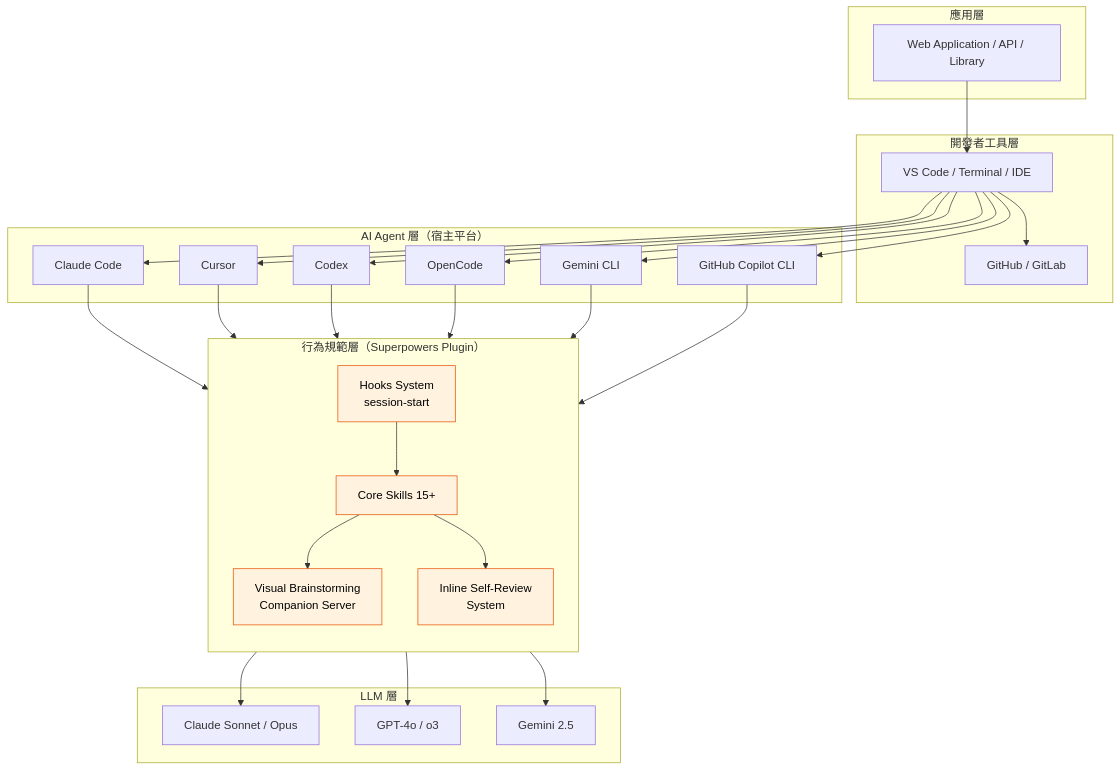
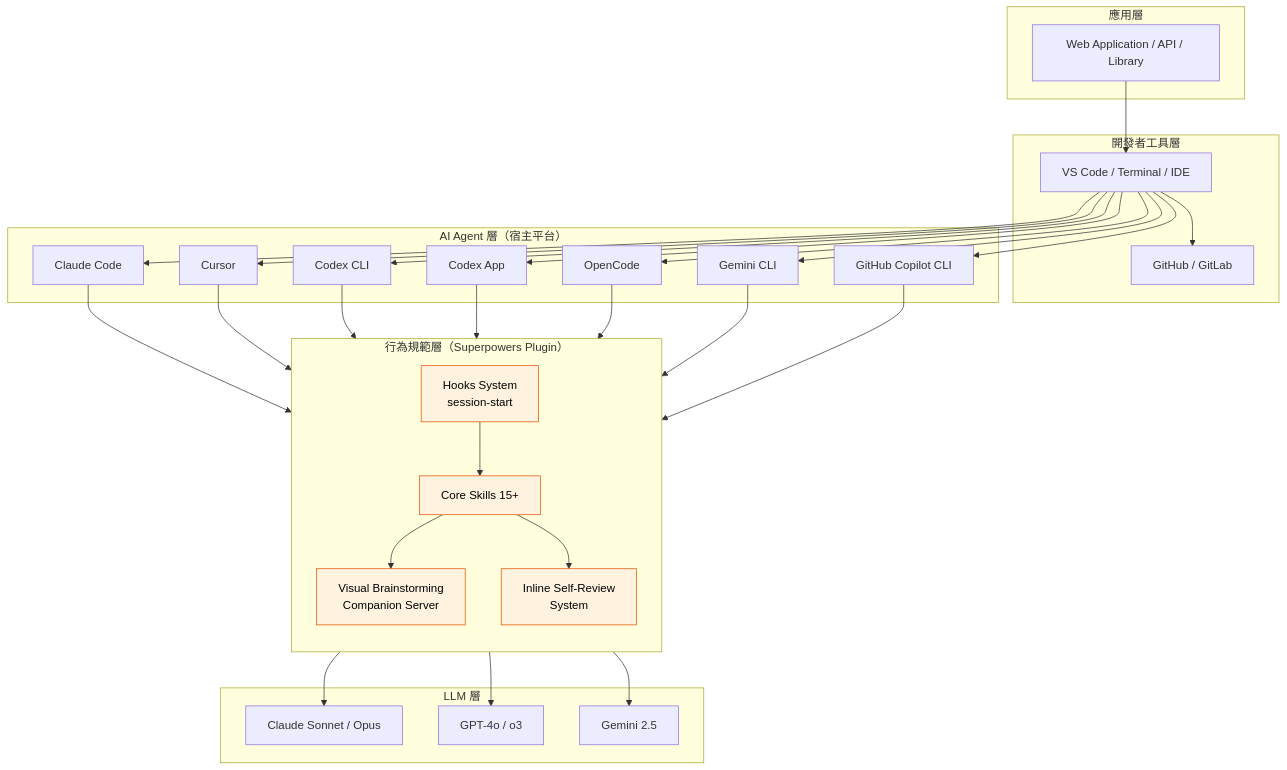
The fourth of 43 diagrams in content/posts/教學/AI開發/Superpowers教學手冊.md (chihhung/Blog), drawn with Mermaid before and after one commit. The commit also changed other lines of this file and 7 other files, not shown here.

````diff
--- a/content/posts/教學/AI開發/Superpowers教學手冊.md
+++ b/content/posts/教學/AI開發/Superpowers教學手冊.md
@@ -308,47 +311,48 @@
 ```mermaid
 graph TB
     subgraph "應用層"
         APP[Web Application / API / Library]
     end
     
     subgraph "開發者工具層"
         IDE[VS Code / Terminal / IDE]
         GIT[GitHub / GitLab]
     end
     
     subgraph "AI Agent 層（宿主平台）"
         CC[Claude Code]
         CU[Cursor]
-        CDX[Codex]
+        CDX[Codex CLI]
+        CDXA[Codex App]
         OC[OpenCode]
         GC[Gemini CLI]
         GCLI[GitHub Copilot CLI]
     end
     
     subgraph "行為規範層（Superpowers Plugin）"
         direction TB
         SP_HOOK[Hooks System<br/>session-start]
         SP_CORE[Core Skills 15+]
         SP_VIS[Visual Brainstorming<br/>Companion Server]
         SP_DOC[Inline Self-Review<br/>System]
     end
     
     subgraph "LLM 層"
         CLAUDE[Claude Sonnet / Opus]
         GPT[GPT-4o / o3]
         GEM[Gemini 2.5]
     end
     
     APP --> IDE
-    IDE --> CC & CU & CDX & OC & GC & GCLI
-    CC & CU & CDX & OC & GC & GCLI --> SP_HOOK
+    IDE --> CC & CU & CDX & CDXA & OC & GC & GCLI
+    CC & CU & CDX & CDXA & OC & GC & GCLI --> SP_HOOK
     SP_HOOK --> SP_CORE
     SP_CORE --> SP_VIS & SP_DOC
     SP_CORE --> CLAUDE & GPT & GEM
     IDE --> GIT
     
     style SP_HOOK fill:#fff3e0,stroke:#e65100,color:#000
     style SP_CORE fill:#fff3e0,stroke:#e65100,color:#000
     style SP_VIS fill:#fff3e0,stroke:#e65100,color:#000
     style SP_DOC fill:#fff3e0,stroke:#e65100,color:#000
 ```
````
